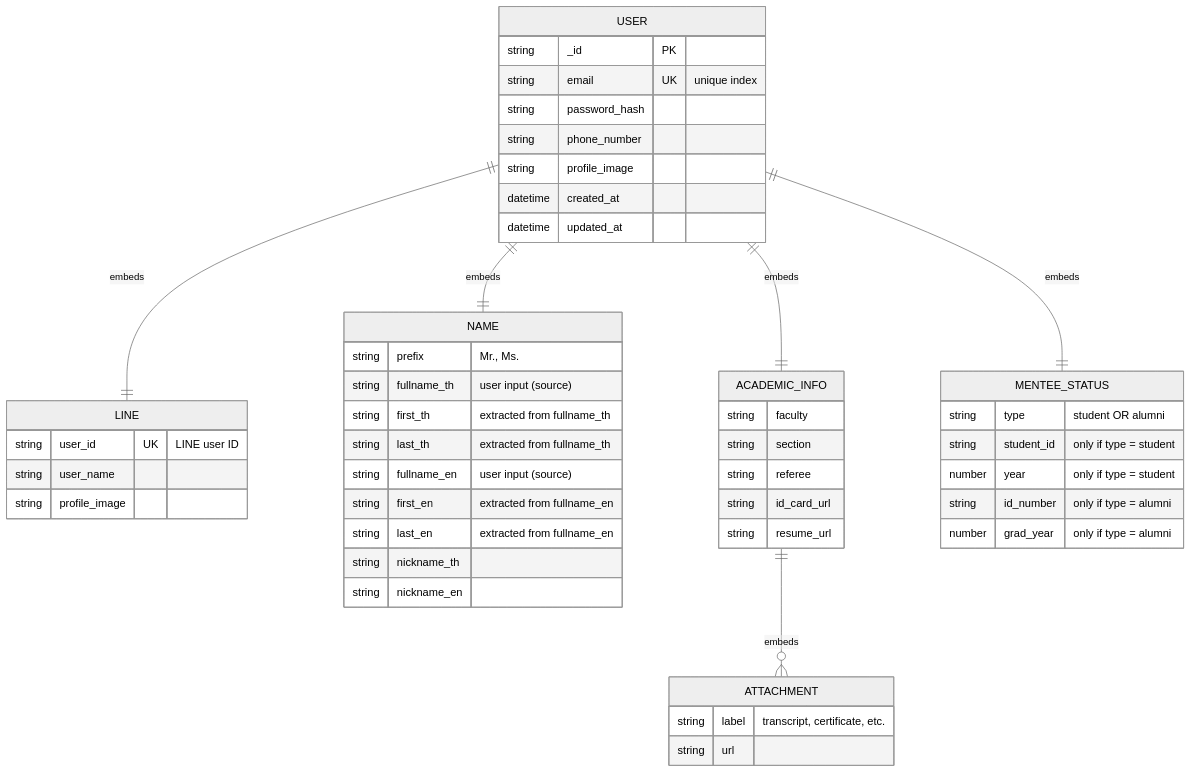
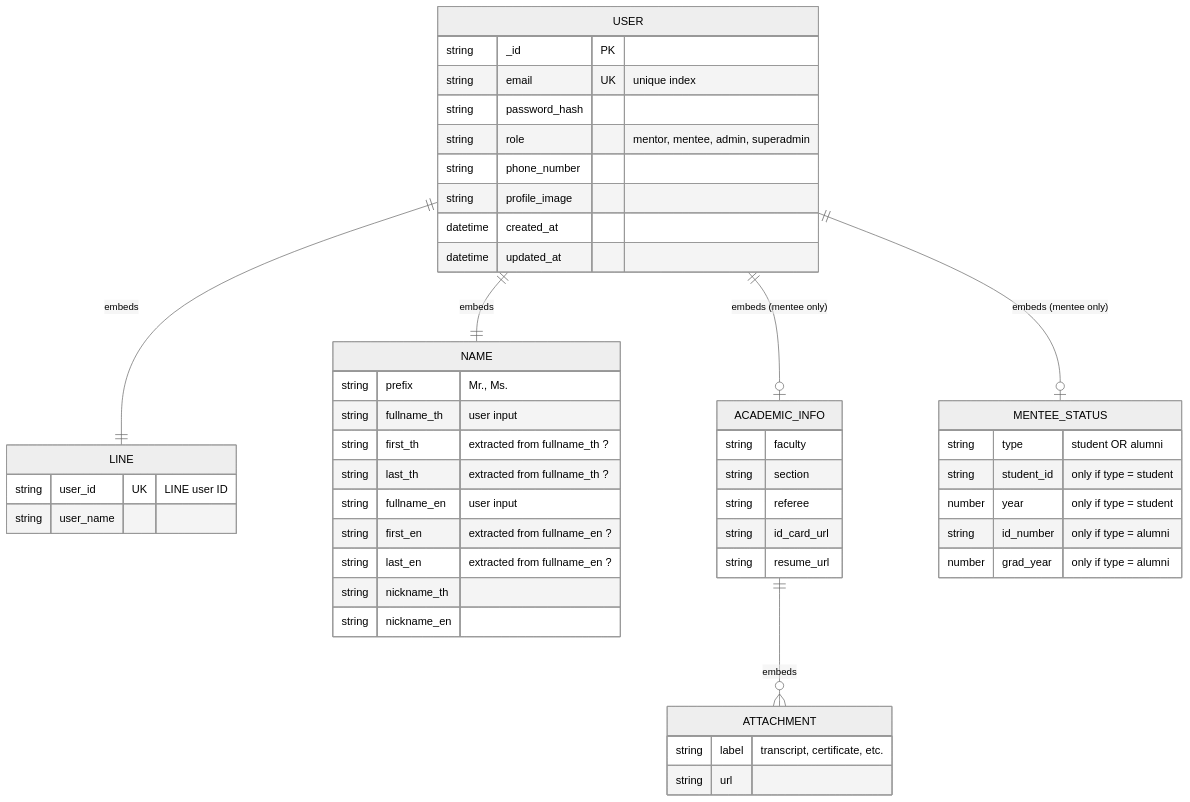
Before and after one commit to dhanavadh/wise-homework: the diagram in week1_data-modeling/user-schema.md, drawn with Mermaid (neutral theme). The commit also changed other lines of this file, not shown here.

Commit message:
add role in auth collection

````diff
--- a/week1_data-modeling/user-schema.md
+++ b/week1_data-modeling/user-schema.md
@@ -6,57 +6,57 @@
 ```mermaid
 erDiagram
     USER {
         string _id PK
         string email UK "unique index"
         string password_hash
+        string role "mentor, mentee, admin, superadmin"
         string phone_number
         string profile_image
         datetime created_at
         datetime updated_at
     }
 
     LINE {
         string user_id UK "LINE user ID"
         string user_name
-        string profile_image
     }
 
     NAME {
         string prefix "Mr., Ms."
-        string fullname_th "user input (source)"
-        string first_th "extracted from fullname_th"
-        string last_th "extracted from fullname_th"
-        string fullname_en "user input (source)"
-        string first_en "extracted from fullname_en"
-        string last_en "extracted from fullname_en"
+        string fullname_th "user input"
+        string first_th "extracted from fullname_th ?"
+        string last_th "extracted from fullname_th ?"
+        string fullname_en "user input"
+        string first_en "extracted from fullname_en ?"
+        string last_en "extracted from fullname_en ?"
         string nickname_th
         string nickname_en
     }
 
     ACADEMIC_INFO {
         string faculty
         string section
         string referee
         string id_card_url
         string resume_url
     }
 
     ATTACHMENT {
         string label "transcript, certificate, etc."
         string url
     }
 
     MENTEE_STATUS {
         string type "student OR alumni"
         string student_id "only if type = student"
         number year "only if type = student"
         string id_number "only if type = alumni"
         number grad_year "only if type = alumni"
     }
 
     USER ||--|| LINE : "embeds"
     USER ||--|| NAME : "embeds"
-    USER ||--|| ACADEMIC_INFO : "embeds"
-    USER ||--|| MENTEE_STATUS : "embeds"
+    USER ||--o| ACADEMIC_INFO : "embeds (mentee only)"
+    USER ||--o| MENTEE_STATUS : "embeds (mentee only)"
     ACADEMIC_INFO ||--o{ ATTACHMENT : "embeds"
 ```
````
